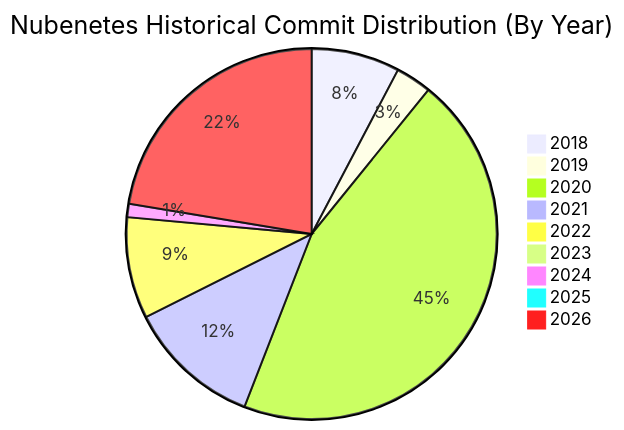
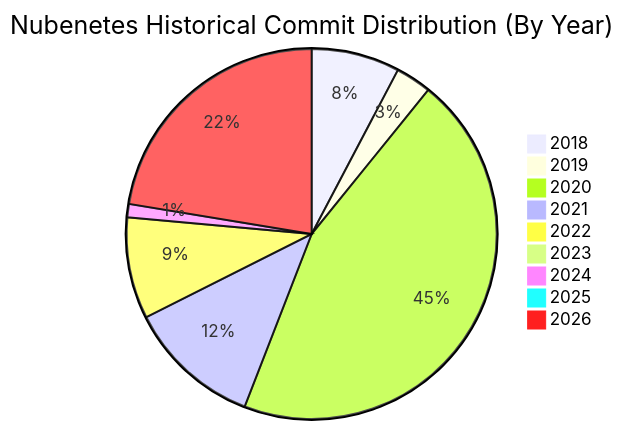
Before and after one commit to nubenetes/awesome-kubernetes: the first of 12 diagrams in README.md, drawn with Mermaid. The commit also changed other lines of this file, not shown here.

````diff
--- a/README.md
+++ b/README.md
@@ -170,12 +170,12 @@
 ```mermaid
 pie title Nubenetes Historical Commit Distribution (By Year)
     "2018" : 350
     "2019" : 142
     "2020" : 2046
     "2021" : 531
     "2022" : 402
     "2023" : 30
     "2024" : 53
     "2025" : 5
-    "2026" : 1016
+    "2026" : 1017
 ```
````
